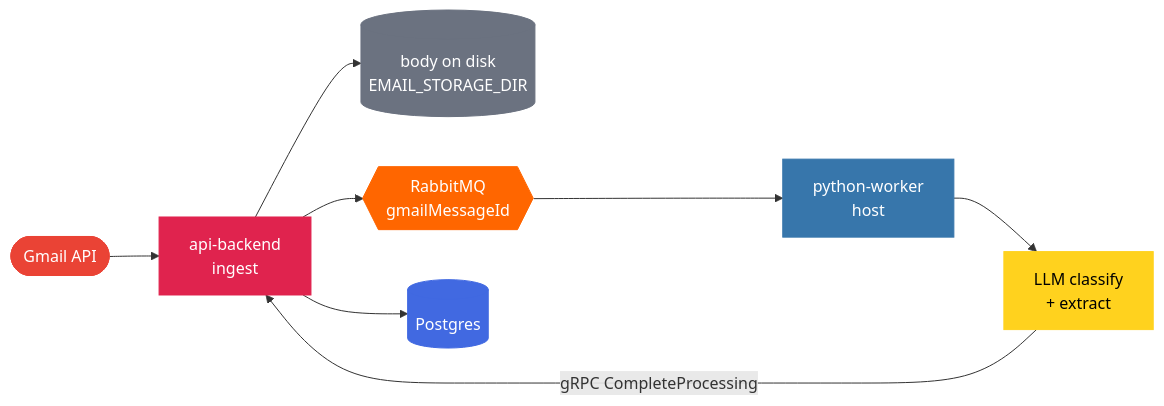
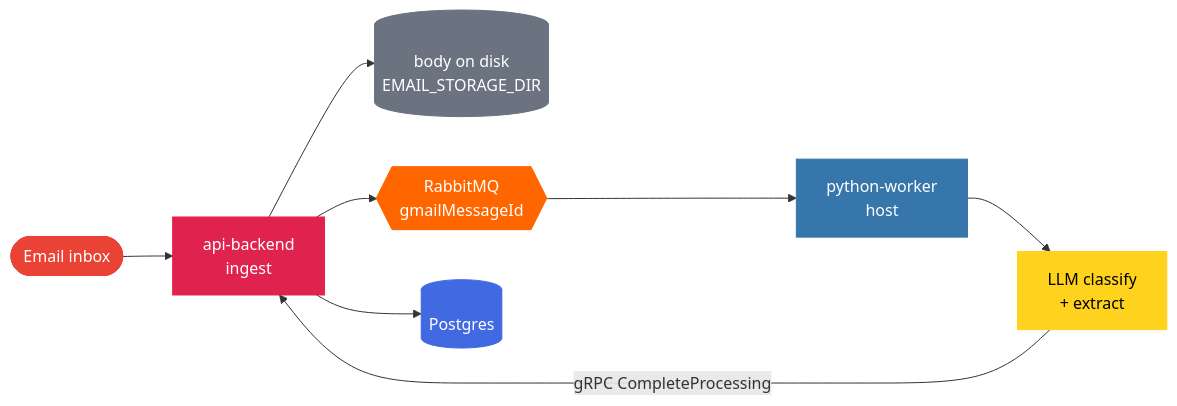
Before and after one commit to aniketchanana/coinmaester: the diagram in README.md, drawn with Mermaid. The commit also changed other lines of this file and 7 other files, not shown here.

````diff
--- a/README.md
+++ b/README.md
@@ -64,18 +64,18 @@
 ```mermaid
 flowchart LR
-    gmail([Gmail API]) --> api[api-backend<br/>ingest]
+    email([Email inbox]) --> api[api-backend<br/>ingest]
     api --> disk[(body on disk<br/>EMAIL_STORAGE_DIR)]
     api --> mq{{RabbitMQ<br/>gmailMessageId}}
     mq --> worker[python-worker<br/>host]
     worker --> llm[LLM classify<br/>+ extract]
     llm -- gRPC CompleteProcessing --> api
     api --> pg[(Postgres)]
 
-    style gmail fill:#EA4335,color:#fff,stroke:#EA4335
+    style email fill:#EA4335,color:#fff,stroke:#EA4335
     style api fill:#E0234E,color:#fff,stroke:#E0234E
     style disk fill:#6B7280,color:#fff,stroke:#6B7280
     style mq fill:#FF6600,color:#fff,stroke:#FF6600
     style worker fill:#3776AB,color:#fff,stroke:#3776AB
     style llm fill:#FFD21E,color:#000,stroke:#FFD21E
     style pg fill:#4169E1,color:#fff,stroke:#4169E1
 ```
````
